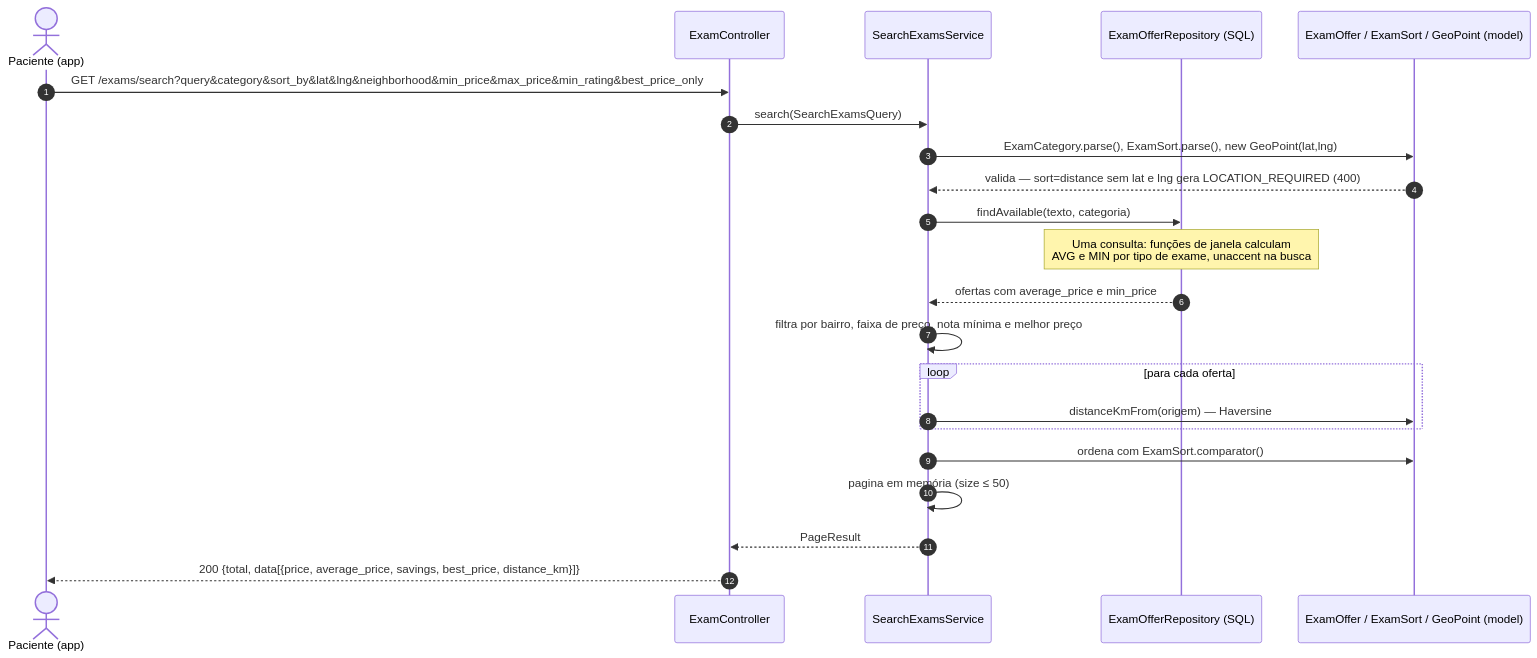
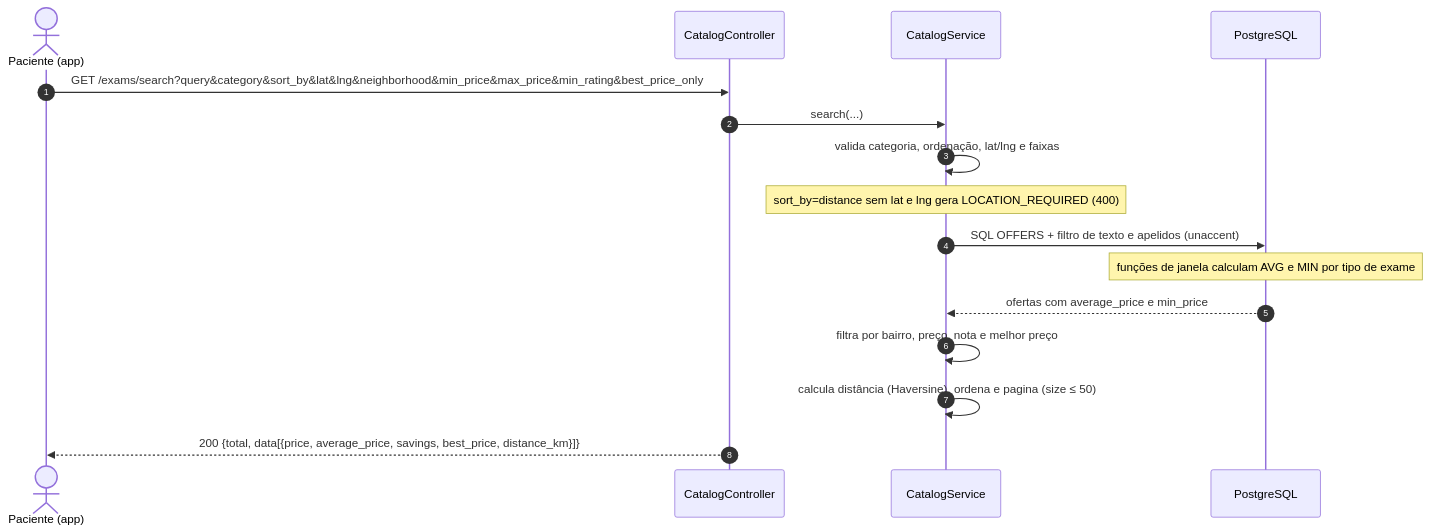
One commit to MarcioFerreiraL/clinics-backend changed the fourth of 7 diagrams in docs/08-diagramas-de-sequencia.md. Above: the diagram before and after it, drawn with Mermaid. The commit also changed other lines of this file and 138 other files, not shown here.

````diff
--- a/docs/08-diagramas-de-sequencia.md
+++ b/docs/08-diagramas-de-sequencia.md
@@ -89,25 +78,19 @@
 ```mermaid
 sequenceDiagram
     autonumber
     actor P as Paciente (app)
-    participant C as ExamController
-    participant S as SearchExamsService
-    participant R as ExamOfferRepository (SQL)
-    participant D as ExamOffer / ExamSort / GeoPoint (model)
+    participant C as CatalogController
+    participant S as CatalogService
+    participant DB as PostgreSQL
 
     P->>C: GET /exams/search?query&category&sort_by&lat&lng&neighborhood&min_price&max_price&min_rating&best_price_only
-    C->>S: search(SearchExamsQuery)
-    S->>D: ExamCategory.parse(), ExamSort.parse(), new GeoPoint(lat,lng)
-    D-->>S: valida — sort=distance sem lat e lng gera LOCATION_REQUIRED (400)
-    S->>R: findAvailable(texto, categoria)
-    Note over R: Uma consulta: funções de janela calculam<br/>AVG e MIN por tipo de exame, unaccent na busca
-    R-->>S: ofertas com average_price e min_price
-    S->>S: filtra por bairro, faixa de preço, nota mínima e melhor preço
-    loop para cada oferta
-        S->>D: distanceKmFrom(origem) — Haversine
-    end
-    S->>D: ordena com ExamSort.comparator()
-    S->>S: pagina em memória (size ≤ 50)
-    S-->>C: PageResult
+    C->>S: search(...)
+    S->>S: valida categoria, ordenação, lat/lng e faixas
+    Note over S: sort_by=distance sem lat e lng gera LOCATION_REQUIRED (400)
+    S->>DB: SQL OFFERS + filtro de texto e apelidos (unaccent)
+    Note over DB: funções de janela calculam AVG e MIN por tipo de exame
+    DB-->>S: ofertas com average_price e min_price
+    S->>S: filtra por bairro, preço, nota e melhor preço
+    S->>S: calcula distância (Haversine), ordena e pagina (size ≤ 50)
     C-->>P: 200 {total, data[{price, average_price, savings, best_price, distance_km}]}
 ```
````
